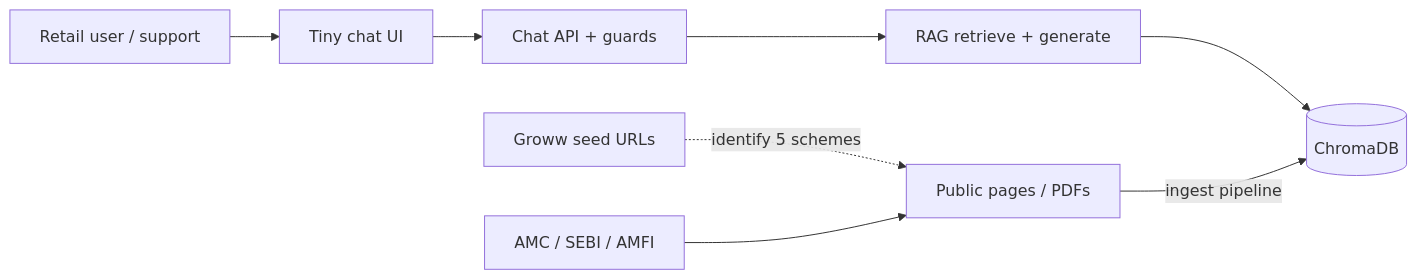
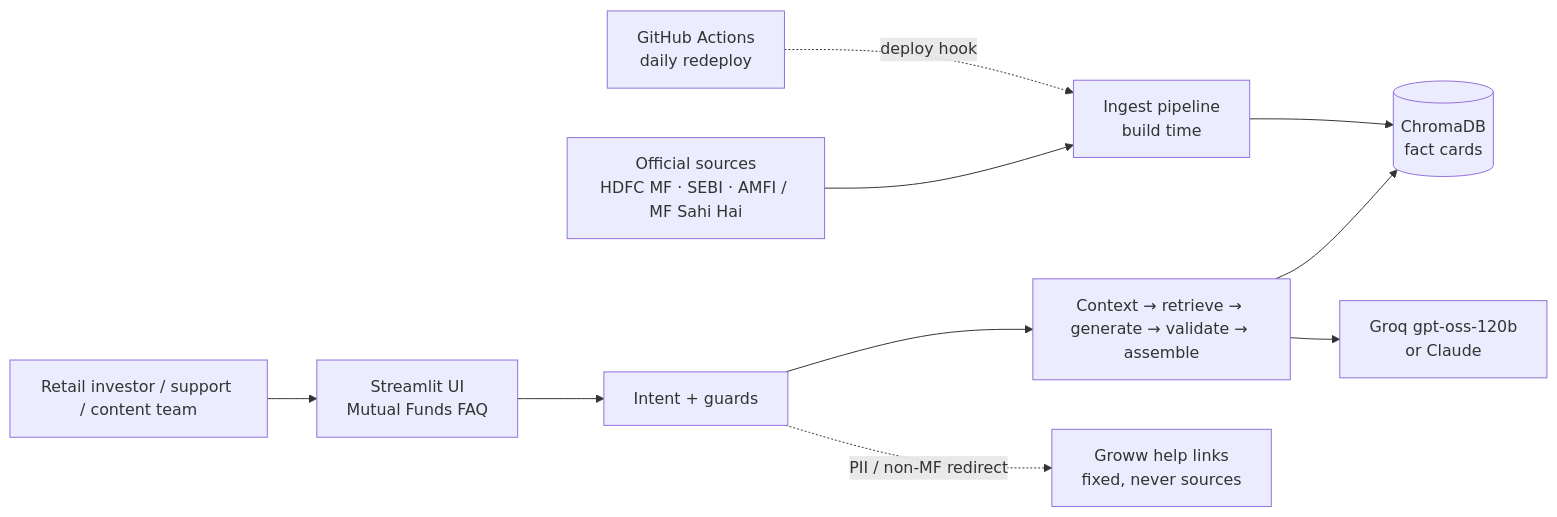
One commit to ngm76/HDFC-chatbot changed the first of 3 diagrams in docs/architecture.md. Above: the diagram before and after it, drawn with Mermaid. The commit also changed other lines of this file and 5 other files, not shown here.

Commit message:
Align docs with the new PRD (official corpus, PRD rules, v2 architecture)

````diff
--- a/docs/architecture.md
+++ b/docs/architecture.md
@@ -24,17 +41,20 @@
 ```mermaid
 flowchart LR
-  User[Retail user / support]
-  UI[Tiny chat UI]
-  App[Chat API + guards]
-  RAG[RAG retrieve + generate]
-  Chroma[(ChromaDB)]
-  Corpus[Public pages / PDFs]
-  Official[AMC / SEBI / AMFI]
-  Seeds[Groww seed URLs]
+  User[Retail investor / support / content team]
+  UI[Streamlit UI<br/>Mutual Funds FAQ]
+  Guards[Intent + guards]
+  RAG[Context → retrieve → generate → validate → assemble]
+  Chroma[(ChromaDB<br/>fact cards)]
+  LLM[Groq gpt-oss-120b<br/>or Claude]
+  Official[Official sources<br/>HDFC MF · SEBI · AMFI / MF Sahi Hai]
+  Ingest[Ingest pipeline<br/>build time]
+  Help[Groww help links<br/>fixed, never sources]
+  Refresh[GitHub Actions<br/>daily redeploy]
 
-  User --> UI --> App --> RAG
+  User --> UI --> Guards --> RAG
   RAG --> Chroma
-  Seeds -.->|identify 5 schemes| Corpus
-  Official --> Corpus
-  Corpus -->|ingest pipeline| Chroma
+  RAG --> LLM
+  Guards -.->|PII / non-MF redirect| Help
+  Official --> Ingest --> Chroma
+  Refresh -.->|deploy hook| Ingest
 ```
````
